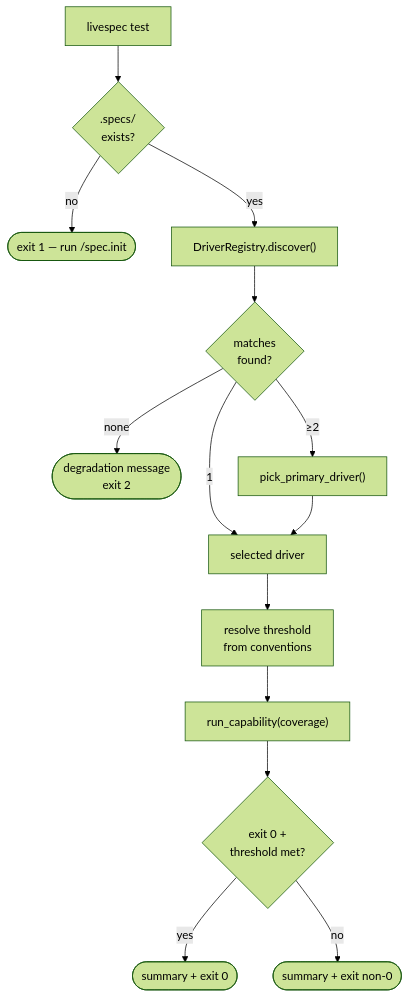
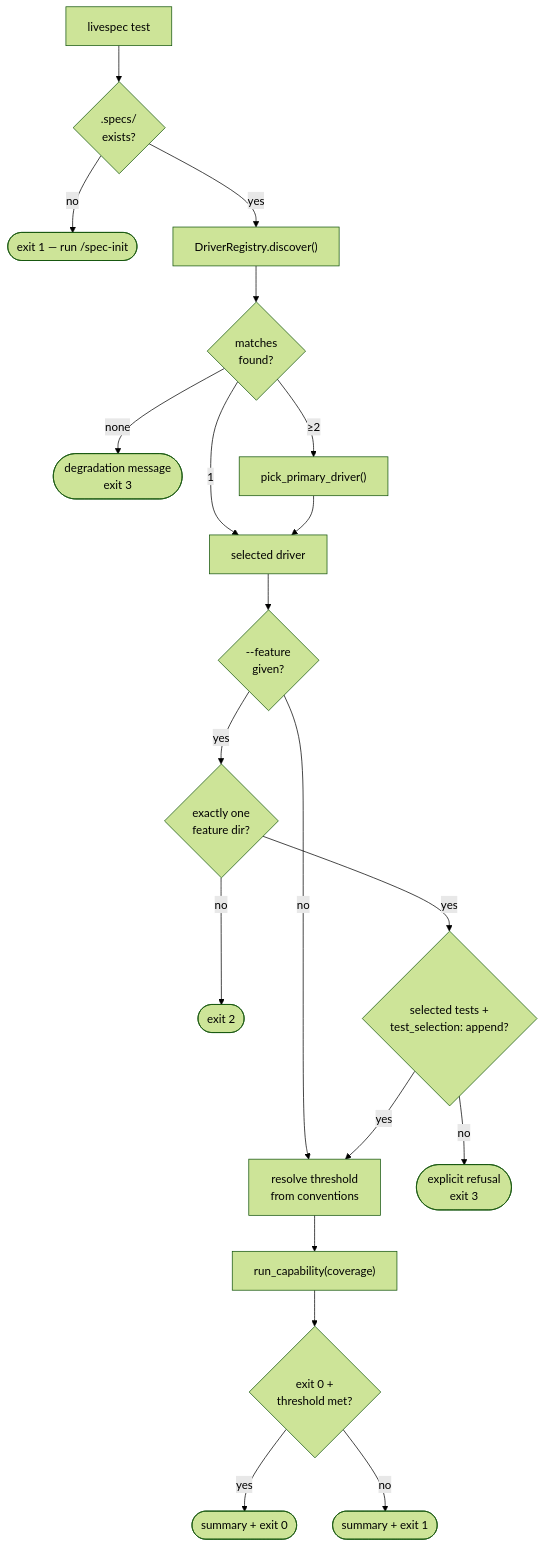
One commit to julien-m/livespec changed the first of 5 diagrams in .specs/features/035-unified-cli-surface/spec.md. Above: the diagram before and after it, drawn with Mermaid (forest theme). The commit also changed other lines of this file and 26 other files, not shown here.

````diff
--- a/.specs/features/035-unified-cli-surface/spec.md
+++ b/.specs/features/035-unified-cli-surface/spec.md
@@ -60,16 +74,22 @@
 ```mermaid
 flowchart TD
     A["livespec test"] --> B{".specs/<br/>exists?"}
-    B -->|"no"| ERR1(["exit 1 — run /spec.init"])
+    B -->|"no"| ERR1(["exit 1 — run /spec-init"])
     B -->|"yes"| C["DriverRegistry.discover()"]
     C --> D{"matches<br/>found?"}
-    D -->|"none"| ERR2(["degradation message<br/>exit 2"])
+    D -->|"none"| ERR2(["degradation message<br/>exit 3"])
     D -->|"1"| E["selected driver"]
     D -->|"≥2"| F["pick_primary_driver()"]
     F --> E
-    E --> G["resolve threshold<br/>from conventions"]
+    E --> S{"--feature<br/>given?"}
+    S -->|"no"| G["resolve threshold<br/>from conventions"]
+    S -->|"yes"| R{"exactly one<br/>feature dir?"}
+    R -->|"no"| ERR3(["exit 2"])
+    R -->|"yes"| T{"selected tests +<br/>test_selection: append?"}
+    T -->|"no"| ERR4(["explicit refusal<br/>exit 3"])
+    T -->|"yes"| G
     G --> H["run_capability(coverage)"]
     H --> I{"exit 0 +<br/>threshold met?"}
     I -->|"yes"| OK(["summary + exit 0"])
-    I -->|"no"| KO(["summary + exit non-0"])
+    I -->|"no"| KO(["summary + exit 1"])
 ```
````
